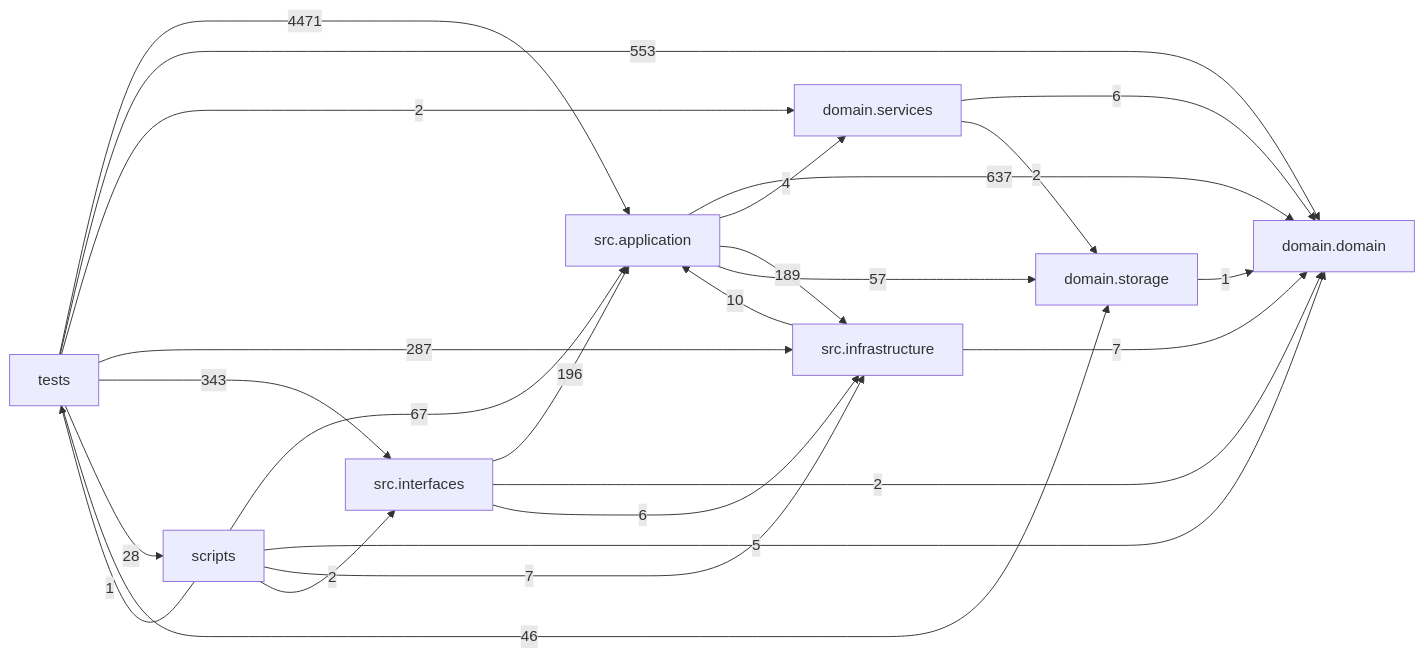
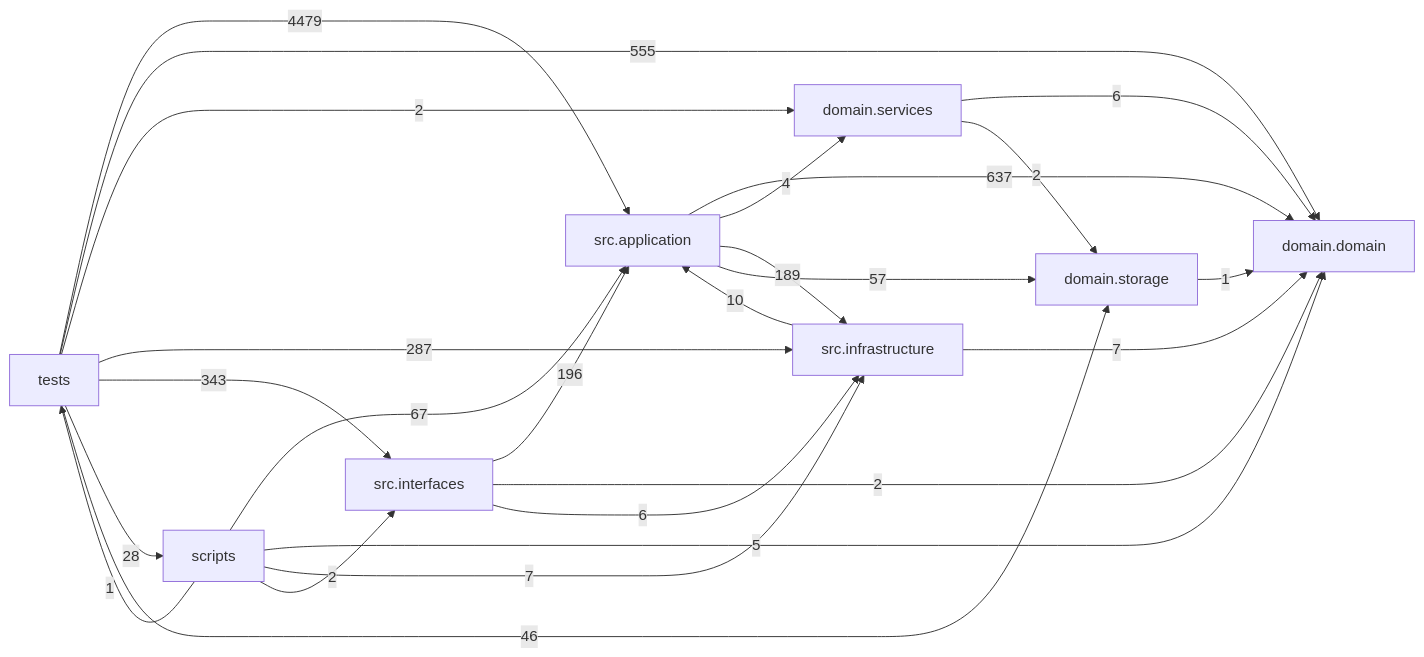
Before and after one commit to liuxie066/options-monitor: the diagram in docs/DEPENDENCY_GRAPH.md, drawn with Mermaid. The commit also changed other lines of this file and 4 other files, not shown here.

````diff
--- a/docs/DEPENDENCY_GRAPH.md
+++ b/docs/DEPENDENCY_GRAPH.md
@@ -24,35 +24,35 @@
 ```mermaid
 flowchart LR
   tests["tests"]
   scripts["scripts"]
   interfaces["src.interfaces"]
   application["src.application"]
   infrastructure["src.infrastructure"]
   domain_services["domain.services"]
   domain["domain.domain"]
   storage["domain.storage"]
   application -->|637| domain
   application -->|4| domain_services
   application -->|189| infrastructure
   application -->|57| storage
   domain_services -->|6| domain
   domain_services -->|2| storage
   infrastructure -->|10| application
   infrastructure -->|7| domain
   interfaces -->|196| application
   interfaces -->|2| domain
   interfaces -->|6| infrastructure
   scripts -->|67| application
   scripts -->|5| domain
   scripts -->|7| infrastructure
   scripts -->|2| interfaces
   scripts -->|1| tests
   storage -->|1| domain
-  tests -->|4471| application
-  tests -->|553| domain
+  tests -->|4479| application
+  tests -->|555| domain
   tests -->|2| domain_services
   tests -->|287| infrastructure
   tests -->|343| interfaces
   tests -->|28| scripts
   tests -->|46| storage
 ```
````
